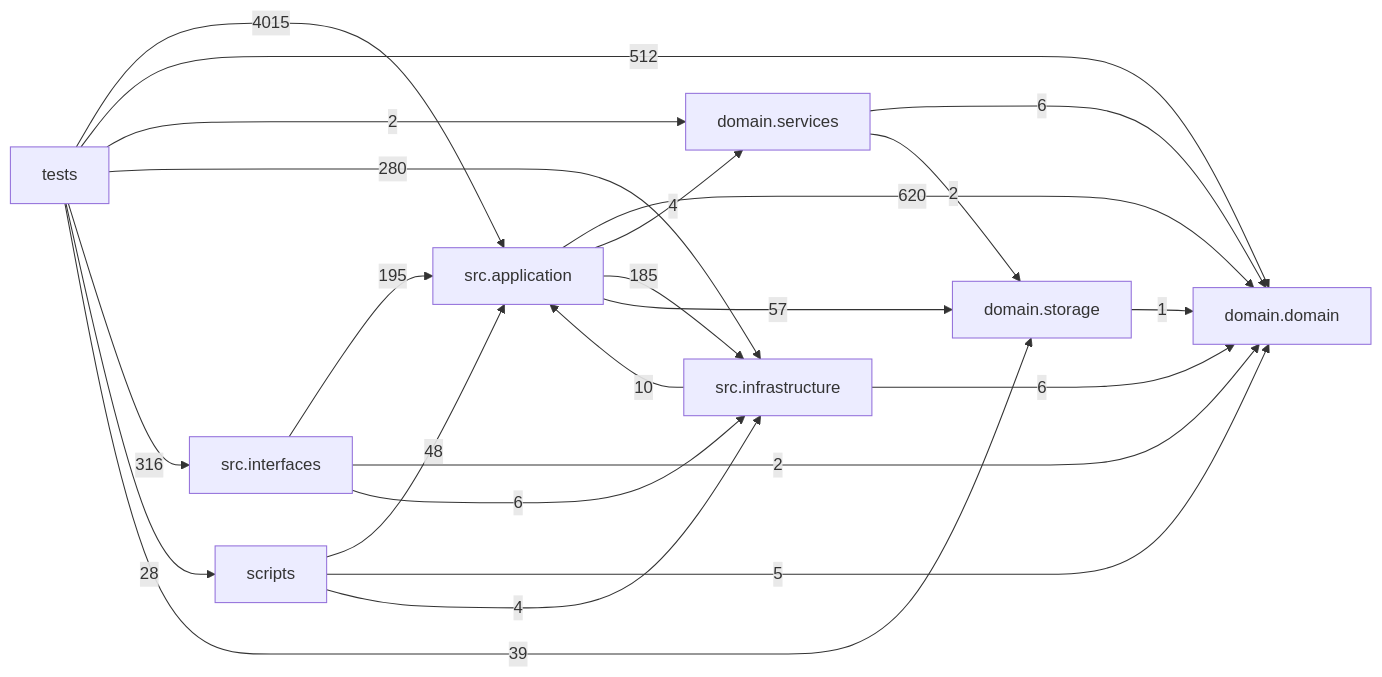
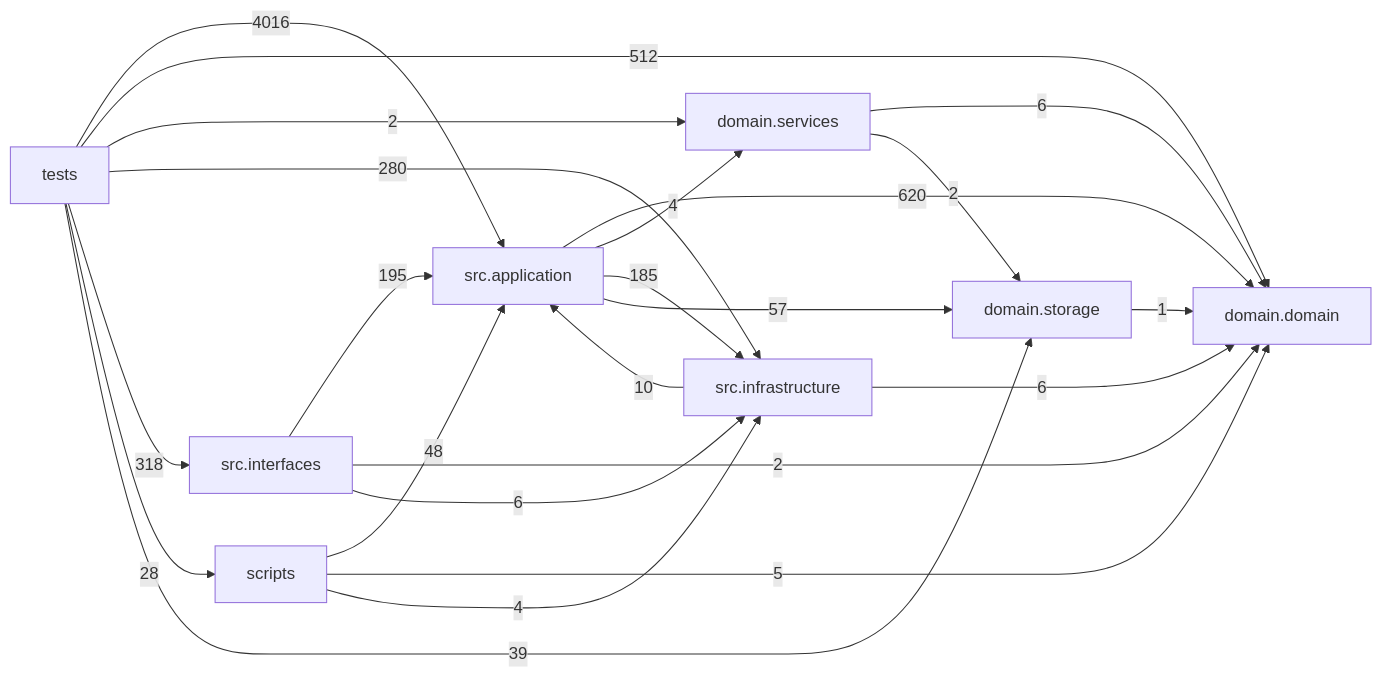
Before and after one commit to liuxie066/options-monitor: the diagram in docs/DEPENDENCY_GRAPH.md, drawn with Mermaid. The commit also changed other lines of this file and 4 other files, not shown here.

````diff
--- a/docs/DEPENDENCY_GRAPH.md
+++ b/docs/DEPENDENCY_GRAPH.md
@@ -24,33 +24,33 @@
 ```mermaid
 flowchart LR
   tests["tests"]
   scripts["scripts"]
   interfaces["src.interfaces"]
   application["src.application"]
   infrastructure["src.infrastructure"]
   domain_services["domain.services"]
   domain["domain.domain"]
   storage["domain.storage"]
   application -->|620| domain
   application -->|4| domain_services
   application -->|185| infrastructure
   application -->|57| storage
   domain_services -->|6| domain
   domain_services -->|2| storage
   infrastructure -->|10| application
   infrastructure -->|6| domain
   interfaces -->|195| application
   interfaces -->|2| domain
   interfaces -->|6| infrastructure
   scripts -->|48| application
   scripts -->|5| domain
   scripts -->|4| infrastructure
   storage -->|1| domain
-  tests -->|4015| application
+  tests -->|4016| application
   tests -->|512| domain
   tests -->|2| domain_services
   tests -->|280| infrastructure
-  tests -->|316| interfaces
+  tests -->|318| interfaces
   tests -->|28| scripts
   tests -->|39| storage
 ```
````
